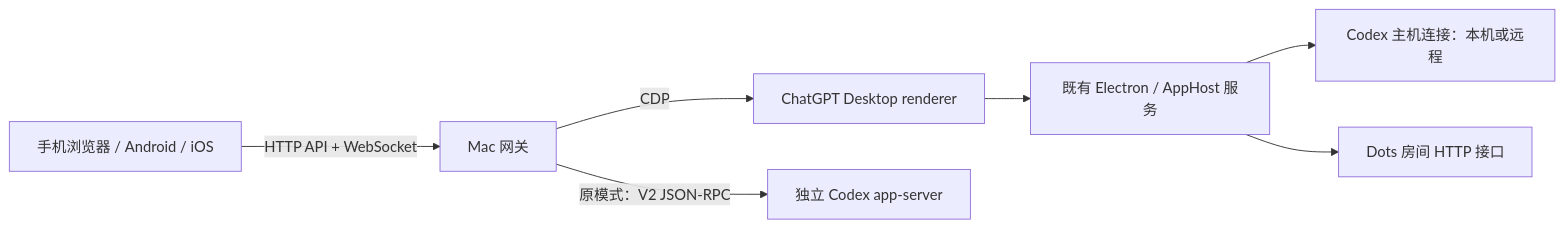
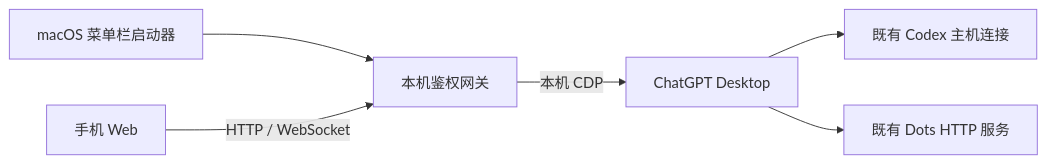
Before and after one commit to loock-ai/codex-mobile: the diagram in README.md, drawn with Mermaid. The commit also changed other lines of this file and 1 other file, not shown here.

````diff
--- a/README.md
+++ b/README.md
@@ -158,9 +155,8 @@
 ```mermaid
 flowchart LR
-    C["手机浏览器 / Android / iOS"] -->|HTTP API + WebSocket| G["Mac 网关"]
-    G -->|CDP| D["ChatGPT Desktop renderer"]
-    D --> B["既有 Electron / AppHost 服务"]
-    B --> A["Codex 主机连接：本机或远程"]
-    B --> T["Dots 房间 HTTP 接口"]
-    G -->|原模式：V2 JSON-RPC| S["独立 Codex app-server"]
+    L["macOS 菜单栏启动器"] --> G["本机鉴权网关"]
+    P["手机 Web"] -->|HTTP / WebSocket| G
+    G -->|本机 CDP| D["ChatGPT Desktop"]
+    D --> C["既有 Codex 主机连接"]
+    D --> T["既有 Dots HTTP 服务"]
 ```
````
